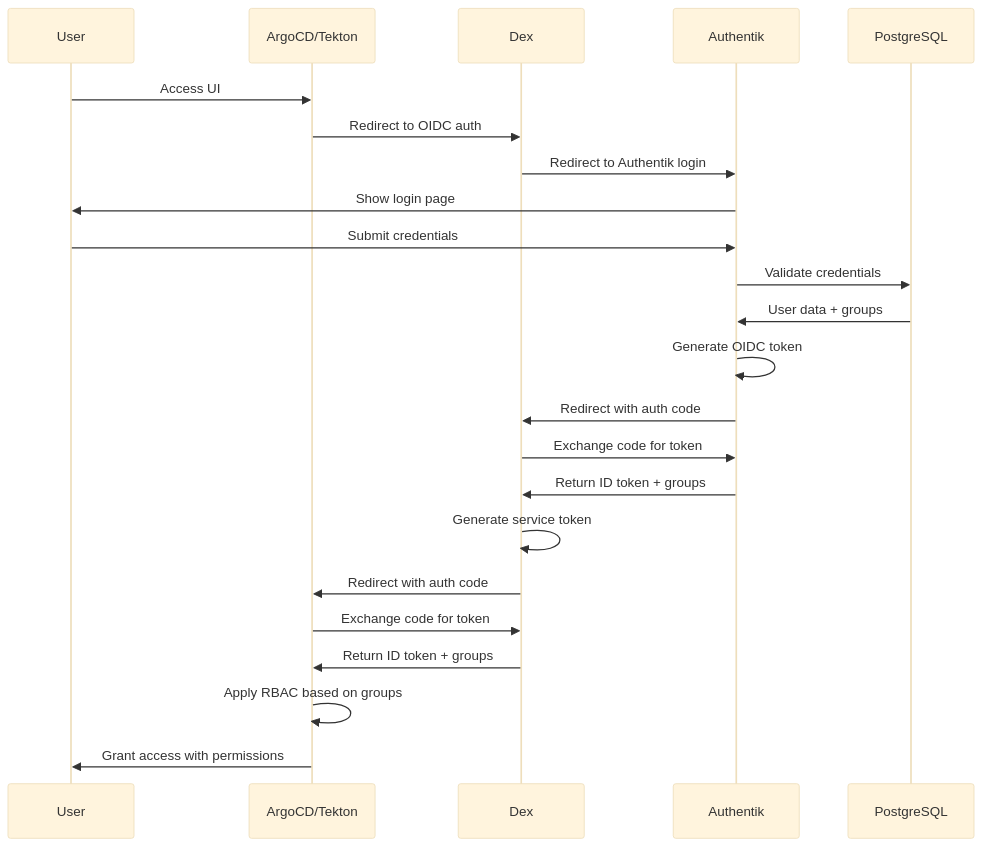
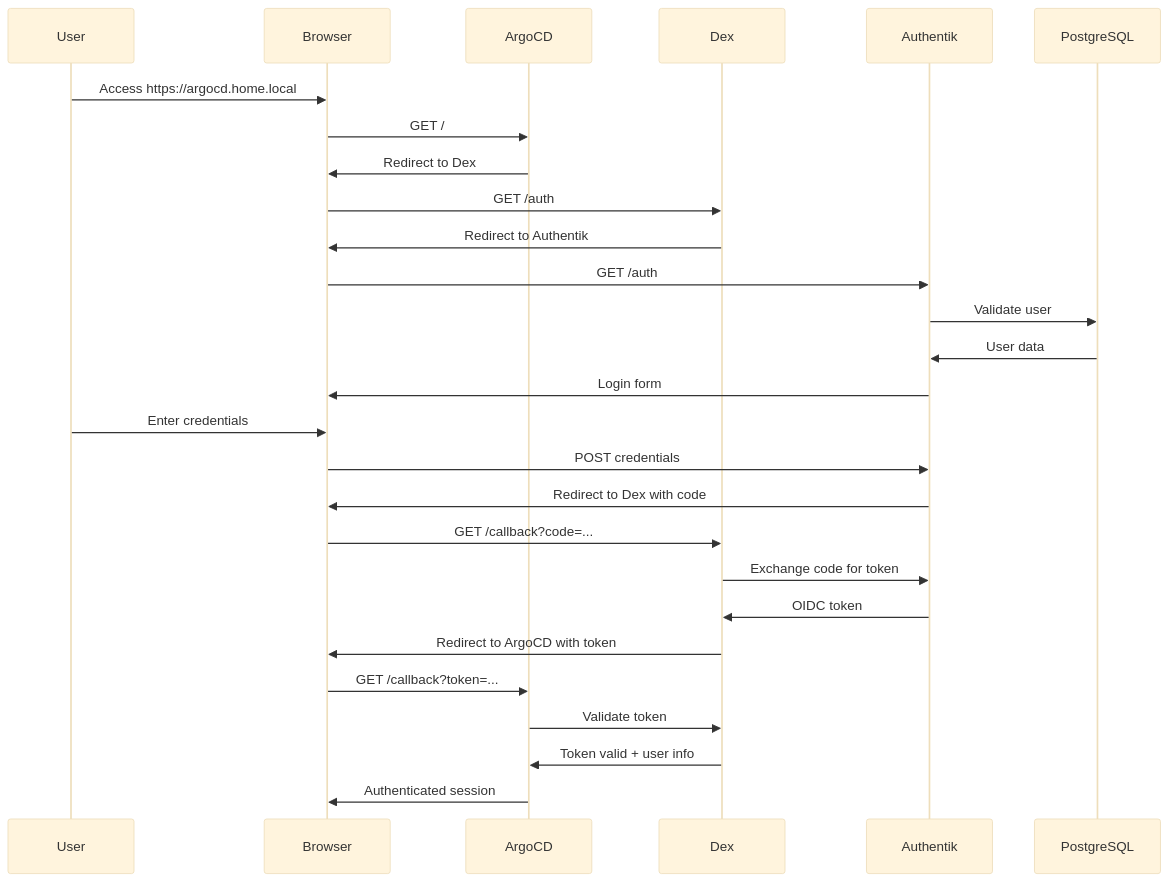
The third of 8 diagrams in .kiro/docs/architecture.md (bdchatham/AphexPlatformInfrastructure), drawn with Mermaid (base theme) before and after one commit. The commit also changed other lines of this file and 1 other file, not shown here.

Commit message:
Update overview and architecture docs with layered cert-manager system

````diff
--- a/.kiro/docs/architecture.md
+++ b/.kiro/docs/architecture.md
@@ -269,26 +169,30 @@
 ```mermaid
 sequenceDiagram
     participant User
-    participant Service as ArgoCD/Tekton
+    participant Browser
+    participant ArgoCD
     participant Dex
     participant Authentik
-    participant PG as PostgreSQL
+    participant PostgreSQL
     
-    User->>Service: Access UI
-    Service->>Dex: Redirect to OIDC auth
-    Dex->>Authentik: Redirect to Authentik login
-    Authentik->>User: Show login page
-    User->>Authentik: Submit credentials
-    Authentik->>PG: Validate credentials
-    PG->>Authentik: User data + groups
-    Authentik->>Authentik: Generate OIDC token
-    Authentik->>Dex: Redirect with auth code
+    User->>Browser: Access https://argocd.home.local
+    Browser->>ArgoCD: GET /
+    ArgoCD->>Browser: Redirect to Dex
+    Browser->>Dex: GET /auth
+    Dex->>Browser: Redirect to Authentik
+    Browser->>Authentik: GET /auth
+    Authentik->>PostgreSQL: Validate user
+    PostgreSQL->>Authentik: User data
+    Authentik->>Browser: Login form
+    User->>Browser: Enter credentials
+    Browser->>Authentik: POST credentials
+    Authentik->>Browser: Redirect to Dex with code
+    Browser->>Dex: GET /callback?code=...
     Dex->>Authentik: Exchange code for token
-    Authentik->>Dex: Return ID token + groups
-    Dex->>Dex: Generate service token
-    Dex->>Service: Redirect with auth code
-    Service->>Dex: Exchange code for token
-    Dex->>Service: Return ID token + groups
-    Service->>Service: Apply RBAC based on groups
-    Service->>User: Grant access with permissions
+    Authentik->>Dex: OIDC token
+    Dex->>Browser: Redirect to ArgoCD with token
+    Browser->>ArgoCD: GET /callback?token=...
+    ArgoCD->>Dex: Validate token
+    Dex->>ArgoCD: Token valid + user info
+    ArgoCD->>Browser: Authenticated session
 ```
````
